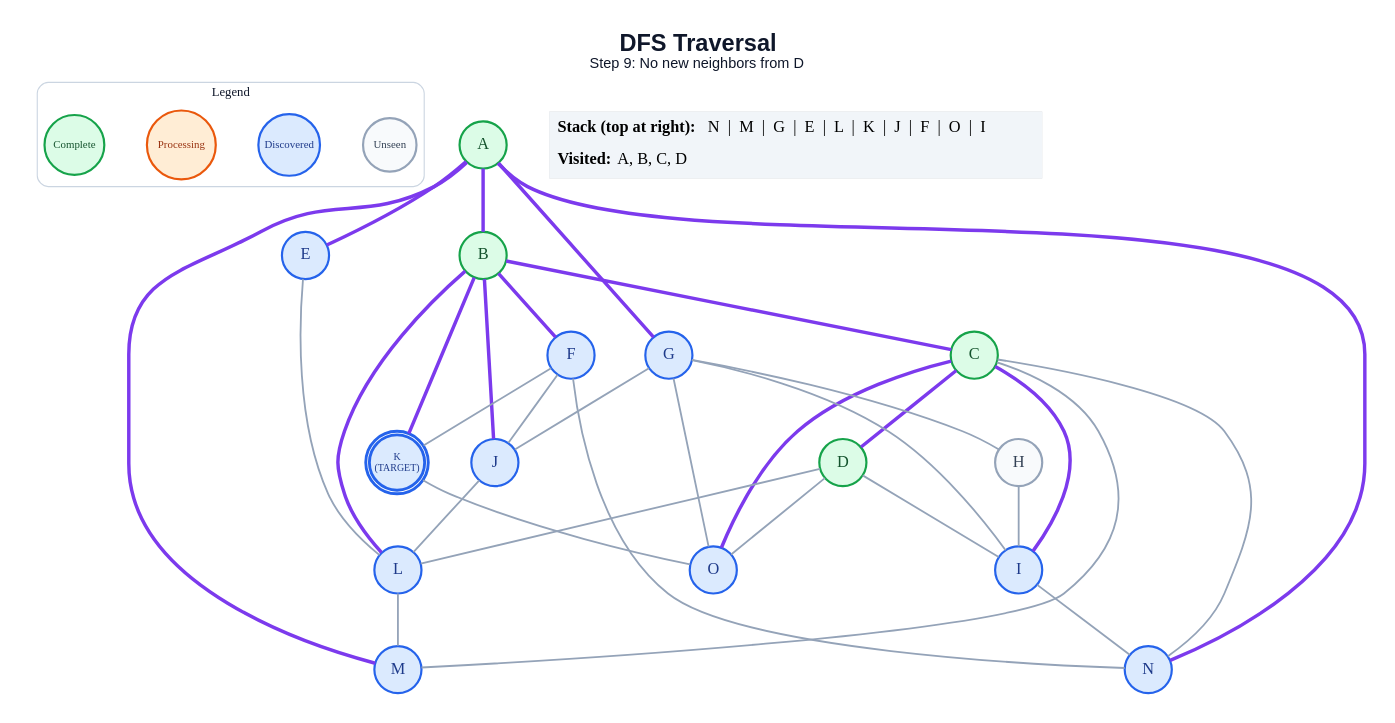
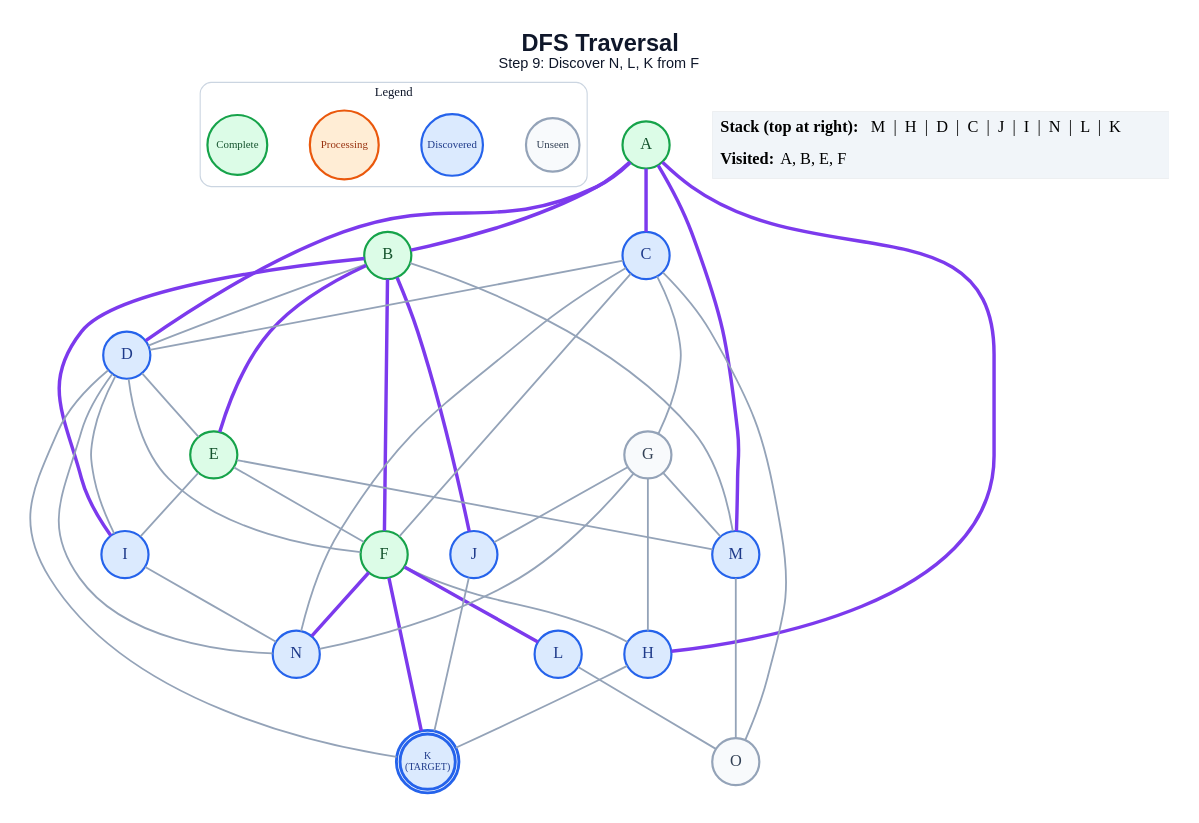
Before and after one commit to anon7238593-create/ai-slop: the diagram in generated/specific-node/dfs/step_09.dot, drawn with Graphviz. The commit also changed 259 other files, not shown here.

```diff
--- a/generated/specific-node/dfs/step_09.dot
+++ b/generated/specific-node/dfs/step_09.dot
@@ -1,65 +1,71 @@
 graph traversal {
   graph [layout=dot, rankdir=TB, bgcolor="#FFFFFF", pad="0.35", nodesep="0.65", ranksep="0.8", fontname="Arial"];
   node [shape=circle, style="filled", fontname="Arial Bold", fontsize=18, width=0.72, fixedsize=true, penwidth=2.4];
   edge [color="#94A3B8", penwidth=2.0];
-  label=<<B>DFS Traversal</B><BR/><FONT POINT-SIZE="16">Step 9: No new neighbors from D</FONT>>; labelloc="t"; fontsize=26; fontname="Arial"; fontcolor="#0F172A";
+  label=<<B>DFS Traversal</B><BR/><FONT POINT-SIZE="16">Step 9: Discover N, L, K from F</FONT>>; labelloc="t"; fontsize=26; fontname="Arial"; fontcolor="#0F172A";
   subgraph cluster_legend { label="Legend"; color="#CBD5E1"; penwidth=1.2; style="rounded"; fontsize=14; fontname="Arial Bold";
     key_unseen [label="Unseen", fillcolor="#F8FAFC", color="#94A3B8", fontcolor="#334155", fontsize=12, width=0.82];
     key_frontier [label="Discovered", fillcolor="#DBEAFE", color="#2563EB", fontcolor="#1E3A8A", fontsize=12, width=0.95];
     key_current [label="Processing", fillcolor="#FFEDD5", color="#EA580C", fontcolor="#9A3412", fontsize=12, width=1.05];
     key_done [label="Complete", fillcolor="#DCFCE7", color="#16A34A", fontcolor="#14532D", fontsize=12, width=0.92];
     { rank=same; key_unseen; key_frontier; key_current; key_done; }
   }
   A [label="A", fillcolor="#DCFCE7", color="#16A34A", fontcolor="#14532D", peripheries=1, penwidth=2.4];
   B [label="B", fillcolor="#DCFCE7", color="#16A34A", fontcolor="#14532D", peripheries=1, penwidth=2.4];
-  C [label="C", fillcolor="#DCFCE7", color="#16A34A", fontcolor="#14532D", peripheries=1, penwidth=2.4];
-  D [label="D", fillcolor="#DCFCE7", color="#16A34A", fontcolor="#14532D", peripheries=1, penwidth=2.4];
-  E [label="E", fillcolor="#DBEAFE", color="#2563EB", fontcolor="#1E3A8A", peripheries=1, penwidth=2.4];
-  F [label="F", fillcolor="#DBEAFE", color="#2563EB", fontcolor="#1E3A8A", peripheries=1, penwidth=2.4];
-  G [label="G", fillcolor="#DBEAFE", color="#2563EB", fontcolor="#1E3A8A", peripheries=1, penwidth=2.4];
-  H [label="H", fillcolor="#F8FAFC", color="#94A3B8", fontcolor="#334155", peripheries=1, penwidth=2.4];
+  C [label="C", fillcolor="#DBEAFE", color="#2563EB", fontcolor="#1E3A8A", peripheries=1, penwidth=2.4];
+  D [label="D", fillcolor="#DBEAFE", color="#2563EB", fontcolor="#1E3A8A", peripheries=1, penwidth=2.4];
+  E [label="E", fillcolor="#DCFCE7", color="#16A34A", fontcolor="#14532D", peripheries=1, penwidth=2.4];
+  F [label="F", fillcolor="#DCFCE7", color="#16A34A", fontcolor="#14532D", peripheries=1, penwidth=2.4];
+  G [label="G", fillcolor="#F8FAFC", color="#94A3B8", fontcolor="#334155", peripheries=1, penwidth=2.4];
+  H [label="H", fillcolor="#DBEAFE", color="#2563EB", fontcolor="#1E3A8A", peripheries=1, penwidth=2.4];
   I [label="I", fillcolor="#DBEAFE", color="#2563EB", fontcolor="#1E3A8A", peripheries=1, penwidth=2.4];
   J [label="J", fillcolor="#DBEAFE", color="#2563EB", fontcolor="#1E3A8A", peripheries=1, penwidth=2.4];
   K [label="K\n(TARGET)", fillcolor="#DBEAFE", color="#2563EB", fontcolor="#1E3A8A", peripheries=2, penwidth=3.2, fontsize=11, width=0.85, height=0.85];
   L [label="L", fillcolor="#DBEAFE", color="#2563EB", fontcolor="#1E3A8A", peripheries=1, penwidth=2.4];
   M [label="M", fillcolor="#DBEAFE", color="#2563EB", fontcolor="#1E3A8A", peripheries=1, penwidth=2.4];
   N [label="N", fillcolor="#DBEAFE", color="#2563EB", fontcolor="#1E3A8A", peripheries=1, penwidth=2.4];
-  O [label="O", fillcolor="#DBEAFE", color="#2563EB", fontcolor="#1E3A8A", peripheries=1, penwidth=2.4];
+  O [label="O", fillcolor="#F8FAFC", color="#94A3B8", fontcolor="#334155", peripheries=1, penwidth=2.4];
   A -- B [color="#7C3AED", penwidth=3.8];
-  A -- E [color="#7C3AED", penwidth=3.8];
-  A -- G [color="#7C3AED", penwidth=3.8];
+  A -- C [color="#7C3AED", penwidth=3.8];
+  A -- D [color="#7C3AED", penwidth=3.8];
+  A -- H [color="#7C3AED", penwidth=3.8];
   A -- M [color="#7C3AED", penwidth=3.8];
-  A -- N [color="#7C3AED", penwidth=3.8];
-  B -- C [color="#7C3AED", penwidth=3.8];
+  B -- D;
+  B -- E [color="#7C3AED", penwidth=3.8];
   B -- F [color="#7C3AED", penwidth=3.8];
+  B -- I [color="#7C3AED", penwidth=3.8];
   B -- J [color="#7C3AED", penwidth=3.8];
-  B -- K [color="#7C3AED", penwidth=3.8];
-  B -- L [color="#7C3AED", penwidth=3.8];
-  C -- D [color="#7C3AED", penwidth=3.8];
-  C -- I [color="#7C3AED", penwidth=3.8];
-  C -- M;
+  B -- M;
+  C -- D;
+  C -- F;
+  C -- G;
   C -- N;
-  C -- O [color="#7C3AED", penwidth=3.8];
+  C -- O;
+  D -- E;
+  D -- F;
   D -- I;
-  D -- L;
-  D -- O;
-  E -- L;
-  F -- J;
-  F -- K;
-  F -- N;
+  D -- K;
+  D -- N;
+  E -- F;
+  E -- I;
+  E -- M;
+  F -- H;
+  F -- K [color="#7C3AED", penwidth=3.8];
+  F -- L [color="#7C3AED", penwidth=3.8];
+  F -- N [color="#7C3AED", penwidth=3.8];
   G -- H;
-  G -- I;
   G -- J;
-  G -- O;
-  H -- I;
+  G -- M;
+  G -- N;
+  H -- K;
   I -- N;
-  J -- L;
-  K -- O;
-  L -- M;
+  J -- K;
+  L -- O;
+  M -- O;
   status [shape=plain, fixedsize=false, width=0, height=0, margin=0, label=<
     <TABLE BORDER="0" CELLBORDER="0" CELLPADDING="7" BGCOLOR="#F1F5F9">
-      <TR><TD ALIGN="LEFT"><B>Stack (top at right):</B> N  |  M  |  G  |  E  |  L  |  K  |  J  |  F  |  O  |  I</TD></TR>
-      <TR><TD ALIGN="LEFT"><B>Visited:</B> A, B, C, D</TD></TR>
+      <TR><TD ALIGN="LEFT"><B>Stack (top at right):</B> M  |  H  |  D  |  C  |  J  |  I  |  N  |  L  |  K</TD></TR>
+      <TR><TD ALIGN="LEFT"><B>Visited:</B> A, B, E, F</TD></TR>
     </TABLE>
   >];
 }
```
